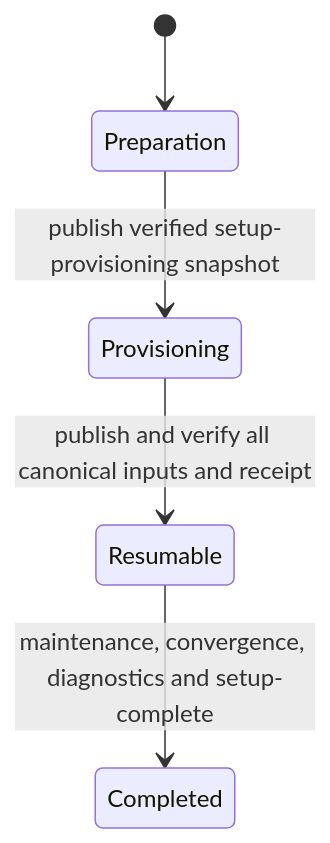
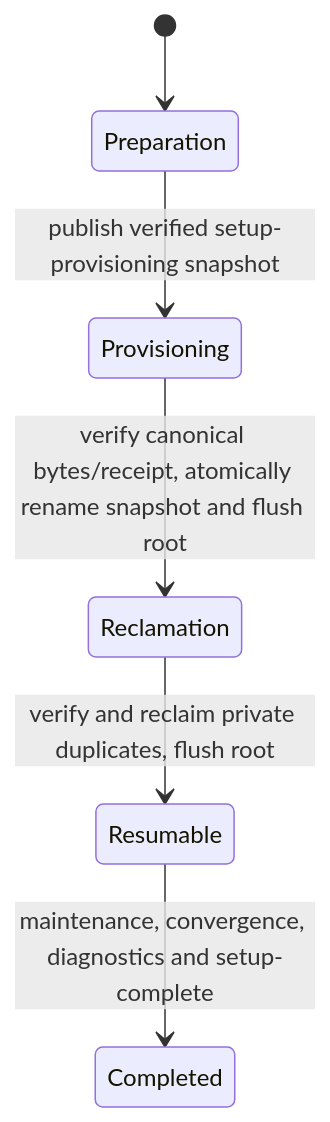
One commit to stef-k/Wayfarer changed the first of 2 diagrams in docs/25-Container-Release-Contract.md. Above: the diagram before and after it, drawn with Mermaid. The commit also changed other lines of this file and 7 other files, not shown here.

````diff
--- a/docs/25-Container-Release-Contract.md
+++ b/docs/25-Container-Release-Contract.md
@@ -391,7 +392,8 @@
 ```mermaid
 stateDiagram-v2
     [*] --> Preparation
     Preparation --> Provisioning: publish verified setup-provisioning snapshot
-    Provisioning --> Resumable: publish and verify all canonical inputs and receipt
+    Provisioning --> Reclamation: verify canonical bytes/receipt, atomically rename snapshot and flush root
+    Reclamation --> Resumable: verify and reclaim private duplicates, flush root
     Resumable --> Completed: maintenance, convergence, diagnostics and setup-complete
 ```
````
